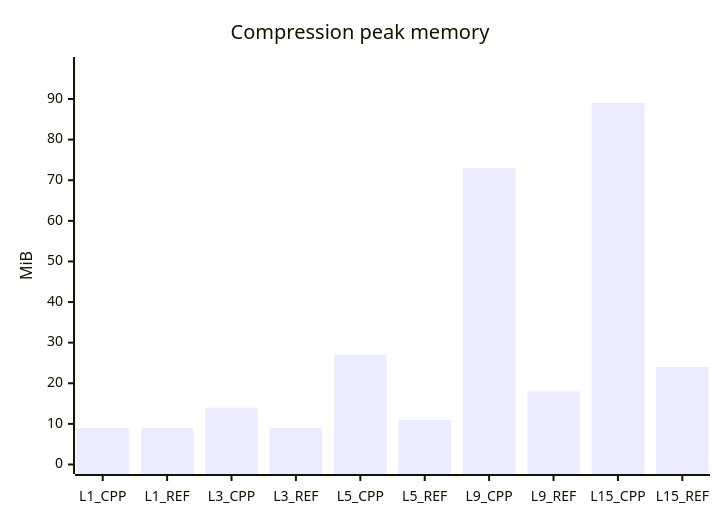
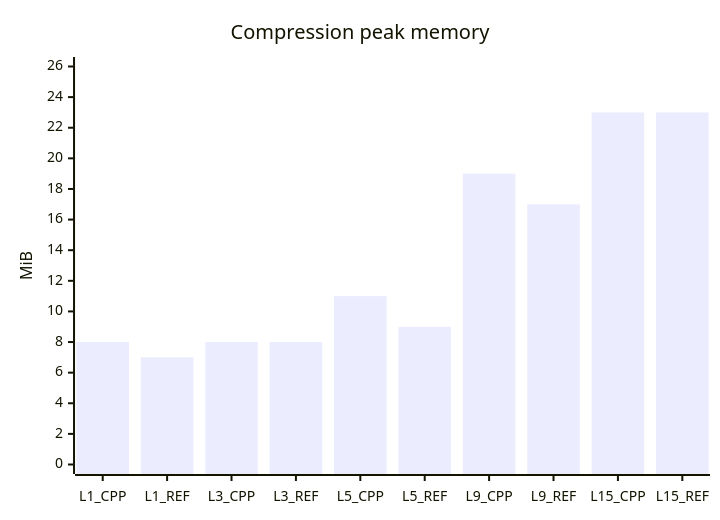
One commit to mheyman/zstdpp changed the third of 7 diagrams in README.md. Above: the diagram before and after it, drawn with Mermaid. The commit also changed other lines of this file, not shown here.

````diff
--- a/README.md
+++ b/README.md
@@ -160,7 +160,7 @@
 ```mermaid
 xychart-beta
     title "Compression peak memory"
     x-axis [L1_CPP, L1_REF, L3_CPP, L3_REF, L5_CPP, L5_REF, L9_CPP, L9_REF, L15_CPP, L15_REF]
-    y-axis "MiB" 0 --> 98
-    bar [9, 9, 14, 9, 27, 11, 73, 18, 89, 24]
+    y-axis "MiB" 0 --> 26
+    bar [8, 7, 8, 8, 11, 9, 19, 17, 23, 23]
 ```
````
